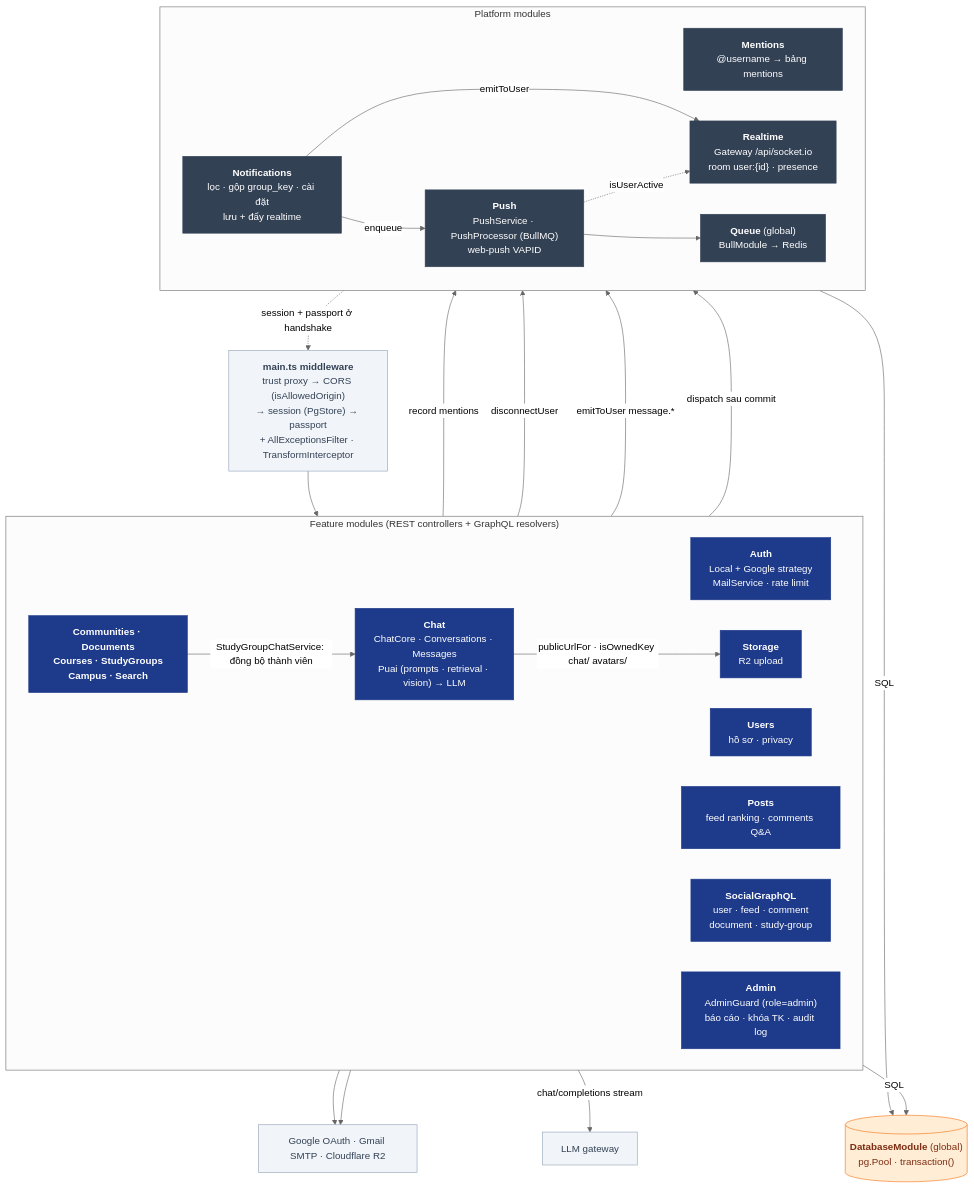
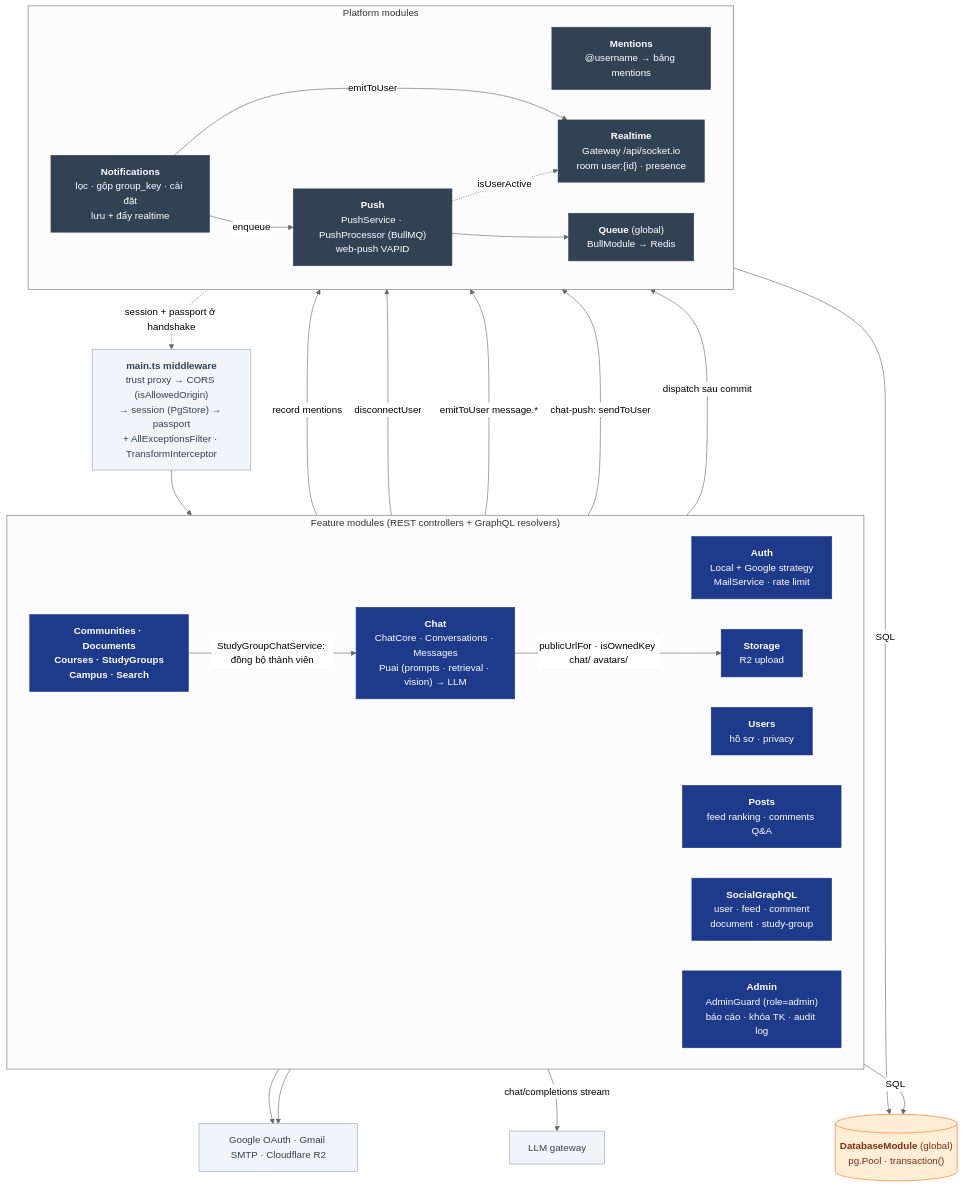
One commit to nhatcoi/pu-connect changed the diagram in docs/diagrams/03-api-components.md. Above: the diagram before and after it, drawn with Mermaid (neutral theme). The commit also changed other lines of this file and 13 other files, not shown here.

Commit message:
feat(chat): web push for new messages with per-conversation batching

````diff
--- a/docs/diagrams/03-api-components.md
+++ b/docs/diagrams/03-api-components.md
@@ -7,52 +7,53 @@
 ```mermaid
 flowchart TB
   mw["<b>main.ts middleware</b><br/>trust proxy → CORS (isAllowedOrigin)<br/>→ session (PgStore) → passport<br/>+ AllExceptionsFilter · TransformInterceptor"]
 
   subgraph Feature["Feature modules (REST controllers + GraphQL resolvers)"]
     direction LR
     auth["<b>Auth</b><br/>Local + Google strategy<br/>MailService · rate limit"]
     users["<b>Users</b><br/>hồ sơ · privacy"]
     posts["<b>Posts</b><br/>feed ranking · comments Q&A"]
     gql["<b>SocialGraphQL</b><br/>user · feed · comment<br/>document · study-group"]
     others["<b>Communities · Documents<br/>Courses · StudyGroups<br/>Campus · Search</b>"]
     storage["<b>Storage</b><br/>R2 upload"]
     admin["<b>Admin</b><br/>AdminGuard (role=admin)<br/>báo cáo · khóa TK · audit log"]
     chat["<b>Chat</b><br/>ChatCore · Conversations · Messages<br/>Puai (prompts · retrieval · vision) → LLM"]
   end
 
   subgraph Platform["Platform modules"]
     direction LR
     mentions["<b>Mentions</b><br/>@username → bảng mentions"]
     notif["<b>Notifications</b><br/>lọc · gộp group_key · cài đặt<br/>lưu + đẩy realtime"]
     rt["<b>Realtime</b><br/>Gateway /api/socket.io<br/>room user:{id} · presence"]
     push["<b>Push</b><br/>PushService · PushProcessor (BullMQ)<br/>web-push VAPID"]
     queue["<b>Queue</b> (global)<br/>BullModule → Redis"]
   end
 
   db[("<b>DatabaseModule</b> (global)<br/>pg.Pool · transaction()")]
   ext["Google OAuth · Gmail SMTP · Cloudflare R2"]
 
   mw --> Feature
   posts -->|record mentions| mentions
   Feature -->|dispatch sau commit| notif -->|emitToUser| rt
   notif -->|enqueue| push --> queue
   push -. isUserActive .-> rt
   rt -. session + passport ở handshake .-> mw
   Feature -->|SQL| db
   Platform -->|SQL| db
   auth & storage --> ext
   admin -->|disconnectUser| rt
   chat -->|emitToUser message.*| rt
+  chat -->|chat-push: sendToUser| push
   chat -->|chat/completions stream| llm["LLM gateway"]
   chat -->|publicUrlFor · isOwnedKey chat/ avatars/| storage
   others -->|StudyGroupChatService: đồng bộ thành viên| chat
 
   classDef mod fill:#1e3a8a,stroke:#1e3a8a,color:#fff
   classDef plat fill:#334155,stroke:#334155,color:#fff
   classDef store fill:#ffedd5,stroke:#f97316,color:#7c2d12
   classDef external fill:#f1f5f9,stroke:#94a3b8,color:#334155
   class auth,users,posts,communities,others,storage,gql,admin,chat mod
   class mentions,notif,rt,push,queue plat
   class db store
   class ext,mw,llm external
 ```
````
